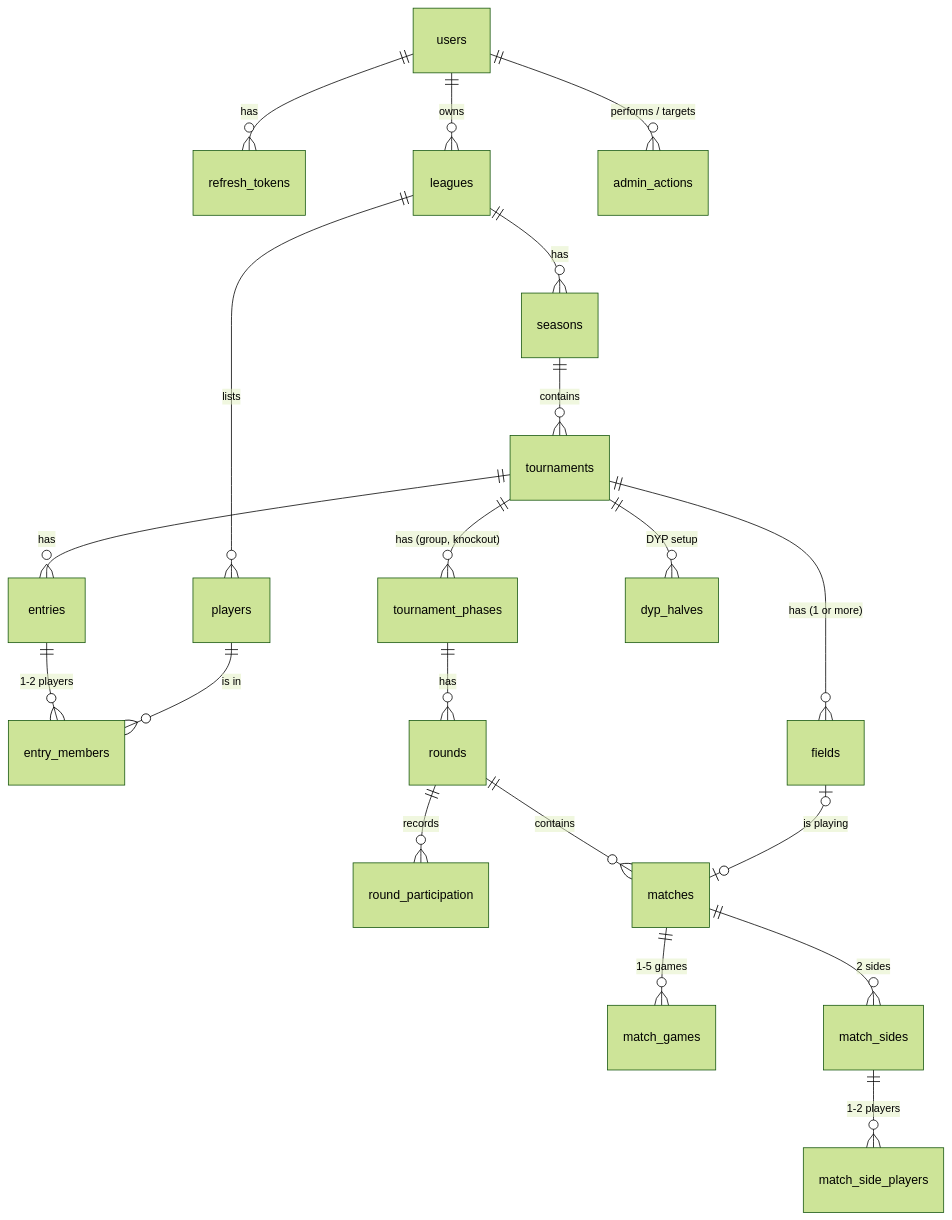
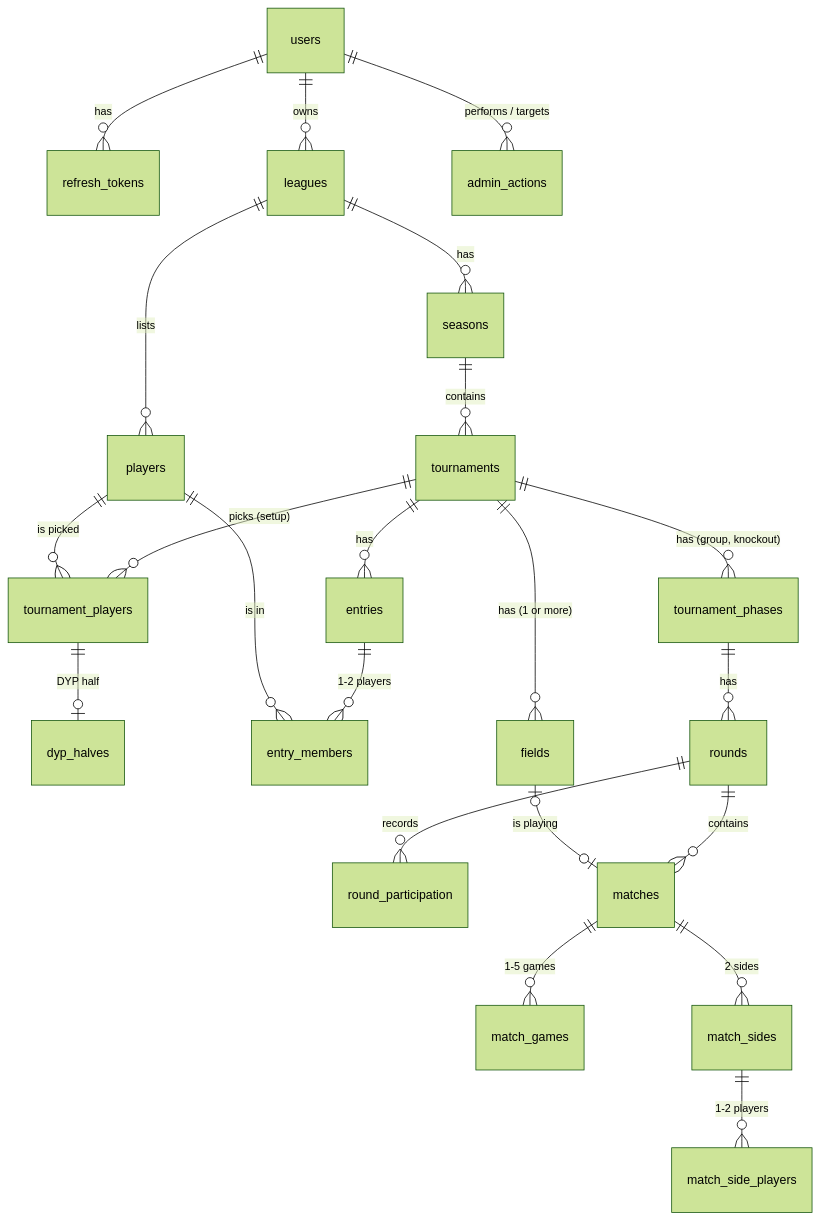
Before and after one commit to dejvicek/tourneyhub: the diagram in DATA-MODEL.md, drawn with Mermaid (forest theme). The commit also changed other lines of this file and 4 other files, not shown here.

First line of the commit message:
📝 docs: tournament tables of P7a in the data model, and the setup flow

````diff
--- a/DATA-MODEL.md
+++ b/DATA-MODEL.md
@@ -61,22 +61,24 @@
 ```mermaid
 erDiagram
     users ||--o{ refresh_tokens : has
     users ||--o{ leagues : owns
     users ||--o{ admin_actions : "performs / targets"
     leagues ||--o{ players : lists
     leagues ||--o{ seasons : has
     seasons ||--o{ tournaments : contains
     tournaments ||--o{ tournament_phases : "has (group, knockout)"
     tournaments ||--o{ entries : has
-    tournaments ||--o{ dyp_halves : "DYP setup"
+    tournaments ||--o{ tournament_players : "picks (setup)"
+    tournament_players ||--o| dyp_halves : "DYP half"
+    players ||--o{ tournament_players : "is picked"
     entries ||--o{ entry_members : "1-2 players"
     players ||--o{ entry_members : "is in"
     tournament_phases ||--o{ rounds : has
     rounds ||--o{ round_participation : records
     rounds ||--o{ matches : contains
     tournaments ||--o{ fields : "has (1 or more)"
     fields |o--o| matches : "is playing"
     matches ||--o{ match_games : "1-5 games"
     matches ||--o{ match_sides : "2 sides"
     match_sides ||--o{ match_side_players : "1-2 players"
 ```
````
